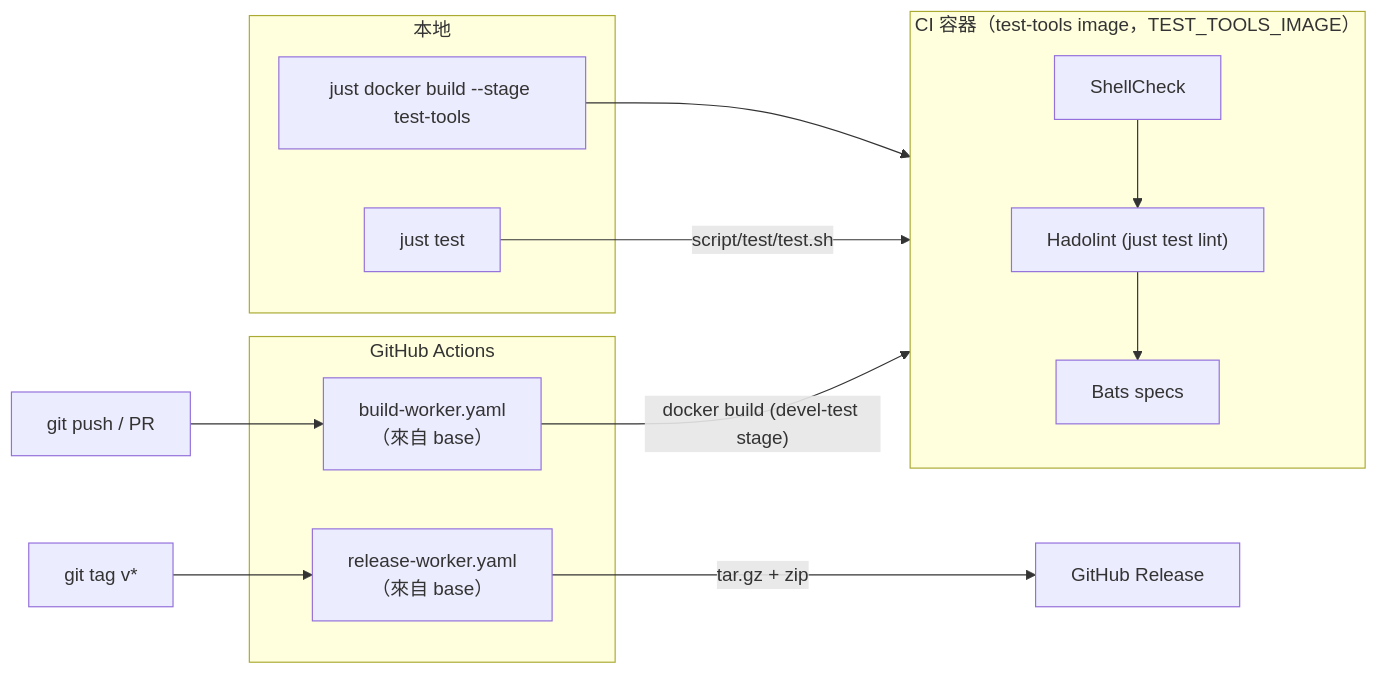
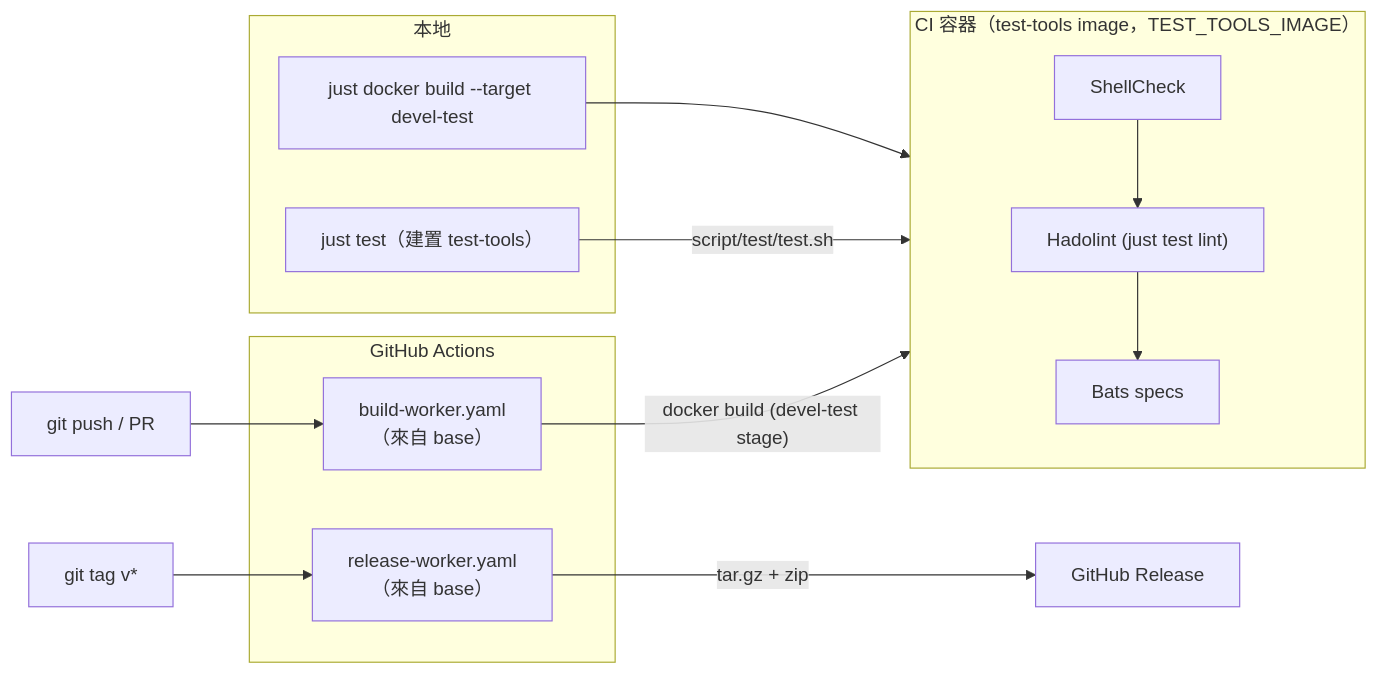
The second of 2 diagrams in doc/readme/README.zh-TW.md (ycpss91255-docker/base), drawn with Mermaid before and after one commit. The commit also changed other lines of this file and 26 other files, not shown here.

````diff
--- a/doc/readme/README.zh-TW.md
+++ b/doc/readme/README.zh-TW.md
@@ -112,27 +118,27 @@
 ```mermaid
 flowchart LR
     subgraph local["本地"]
-        just_test["just test"]
-        just_build["just docker build --stage test-tools"]
+        just_test["just test（建置 test-tools）"]
+        just_build["just docker build --target devel-test"]
     end
 
     subgraph ci_container["CI 容器（test-tools image，TEST_TOOLS_IMAGE）"]
         shellcheck["ShellCheck"]
         hadolint["Hadolint (just test lint)"]
         bats["Bats specs"]
     end
 
     subgraph github["GitHub Actions"]
         build_worker["build-worker.yaml<br/>（來自 base）"]
         release_worker["release-worker.yaml<br/>（來自 base）"]
     end
 
     just_build --> ci_container
     just_test -->|"script/test/test.sh"| ci_container
     shellcheck --> hadolint --> bats
 
     push["git push / PR"] --> build_worker
     build_worker -->|"docker build (devel-test stage)"| ci_container
     tag["git tag v*"] --> release_worker
     release_worker -->|"tar.gz + zip"| release["GitHub Release"]
 ```
````
